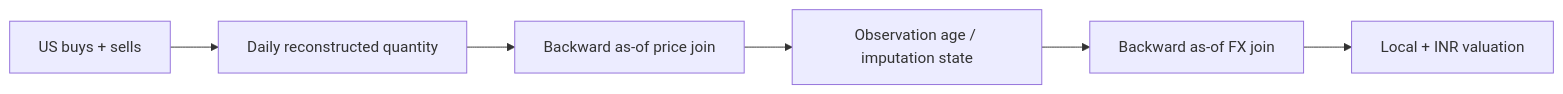
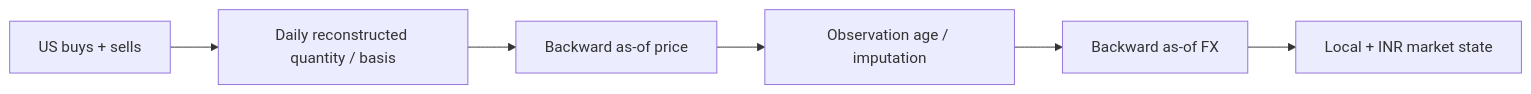
One commit to tks18/personal-finance-etl changed the tenth of 31 diagrams in README.md. Above: the diagram before and after it, drawn with Mermaid. The commit also changed other lines of this file, not shown here.

````diff
--- a/README.md
+++ b/README.md
@@ -268,8 +399,8 @@
 ```mermaid
 flowchart LR
-    TX["US buys + sells"] --> Q["Daily reconstructed quantity"]
-    Q --> PX["Backward as-of price join"]
-    PX --> AGE["Observation age / imputation state"]
-    AGE --> FX["Backward as-of FX join"]
-    FX --> VAL["Local + INR valuation"]
+    TX["US buys + sells"] --> Q["Daily reconstructed quantity / basis"]
+    Q --> PX["Backward as-of price"]
+    PX --> AGE["Observation age / imputation"]
+    AGE --> FX["Backward as-of FX"]
+    FX --> VAL["Local + INR market state"]
 ```
````
